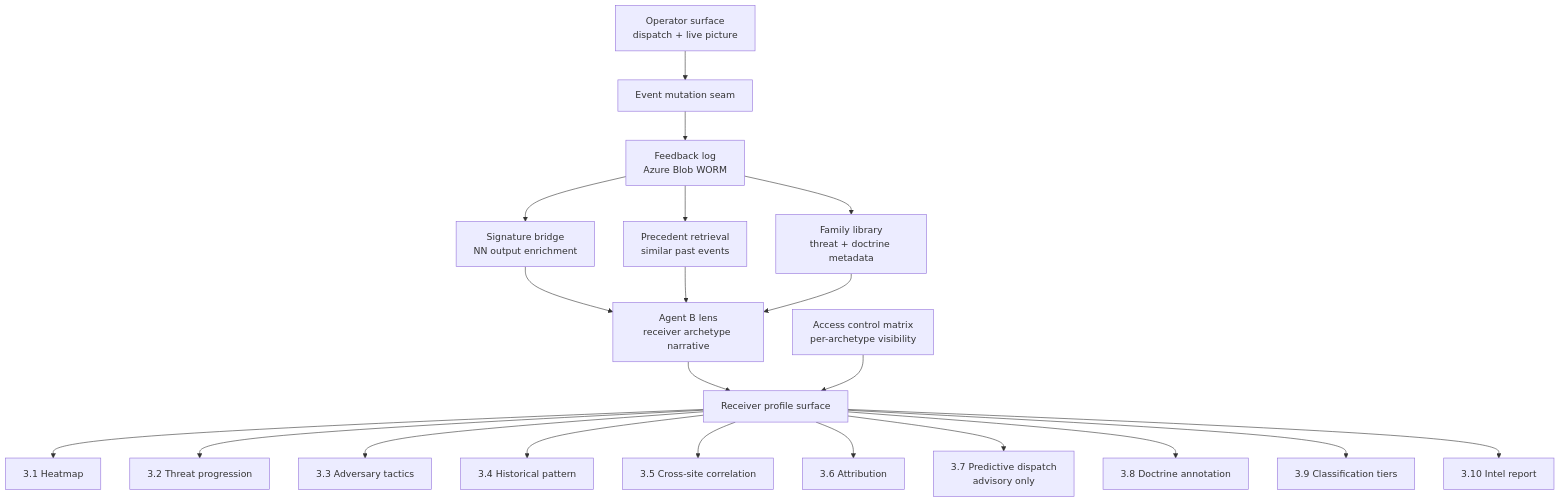
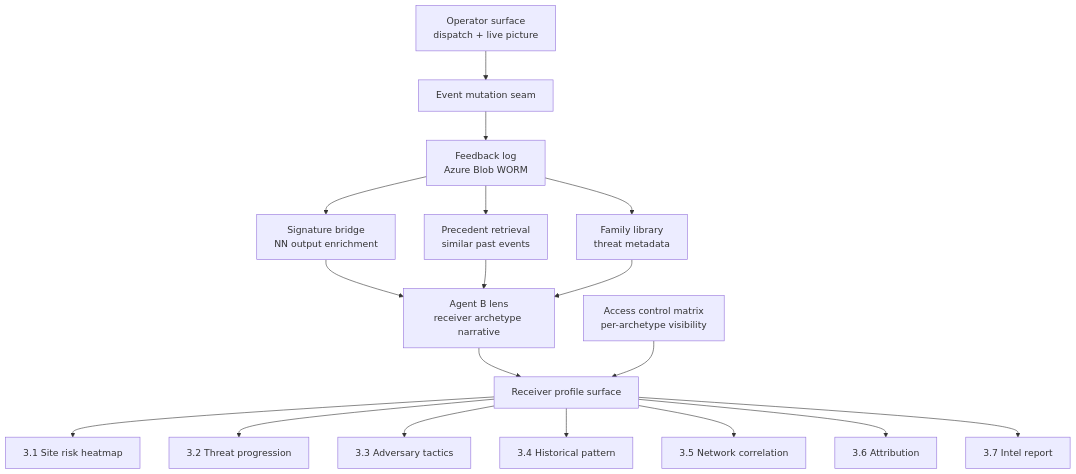
The first of 2 diagrams in docs/receiver-tier-features-roadmap.md (Luckyluc321/ISR-Systems-c2-platform), drawn with Mermaid before and after one commit. The commit also changed other lines of this file and 1 other file, not shown here.

First line of the commit message:
docs: reshape receiver-tier roadmap around site-intelligence positioning

````diff
--- a/docs/receiver-tier-features-roadmap.md
+++ b/docs/receiver-tier-features-roadmap.md
@@ -210,28 +179,25 @@
 ```mermaid
 flowchart TD
     OPS[Operator surface<br/>dispatch + live picture] --> EVENT[Event mutation seam]
     EVENT --> FEED[Feedback log<br/>Azure Blob WORM]
 
     FEED --> BRIDGE[Signature bridge<br/>NN output enrichment]
     FEED --> PREC[Precedent retrieval<br/>similar past events]
-    FEED --> LIB[Family library<br/>threat + doctrine metadata]
+    FEED --> LIB[Family library<br/>threat metadata]
 
     BRIDGE --> AGT[Agent B lens<br/>receiver archetype narrative]
     PREC --> AGT
     LIB --> AGT
 
     AGT --> RCV[Receiver profile surface]
 
-    RCV --> F1[3.1 Heatmap]
+    RCV --> F1[3.1 Site risk heatmap]
     RCV --> F2[3.2 Threat progression]
     RCV --> F3[3.3 Adversary tactics]
     RCV --> F4[3.4 Historical pattern]
-    RCV --> F5[3.5 Cross-site correlation]
+    RCV --> F5[3.5 Network correlation]
     RCV --> F6[3.6 Attribution]
-    RCV --> F7[3.7 Predictive dispatch<br/>advisory only]
-    RCV --> F8[3.8 Doctrine annotation]
-    RCV --> F9[3.9 Classification tiers]
-    RCV --> F10[3.10 Intel report]
+    RCV --> F7[3.7 Intel report]
 
     ACL[Access control matrix<br/>per-archetype visibility] --> RCV
 ```
````
